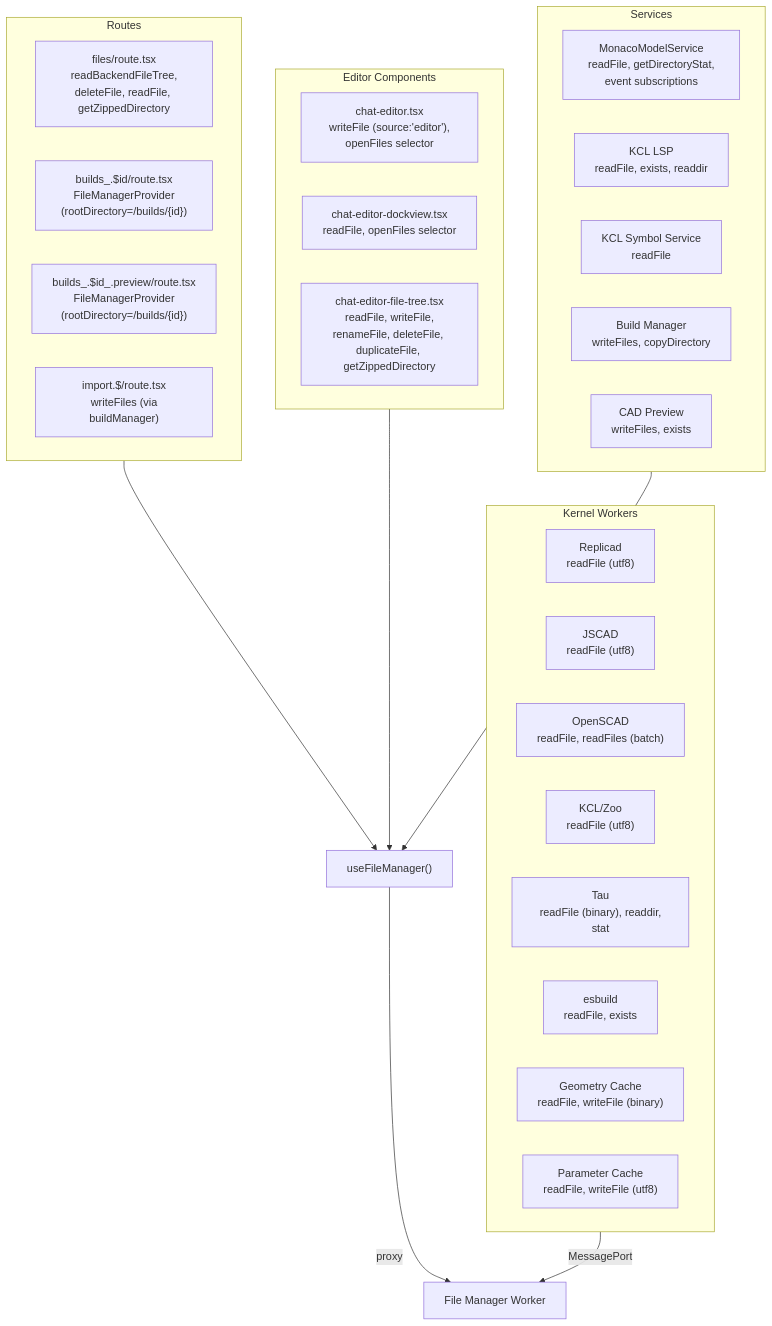
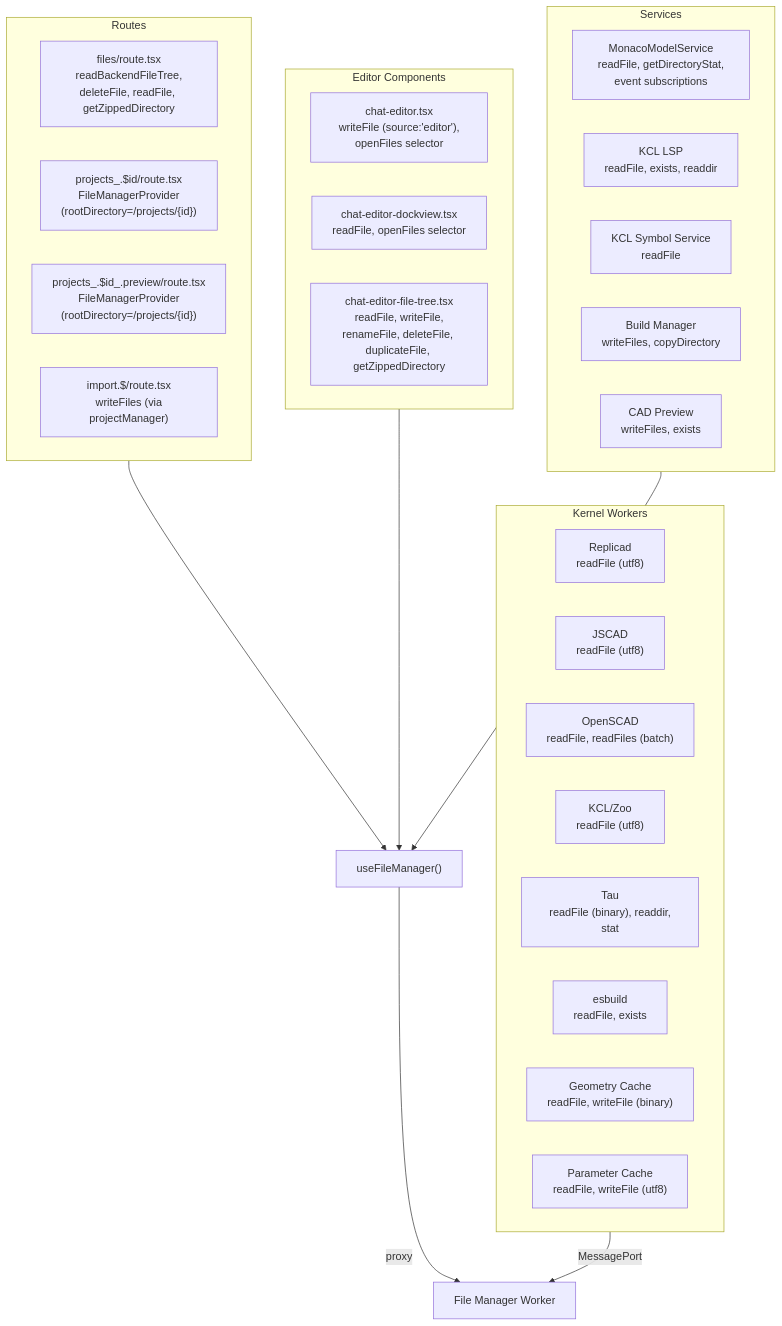
Before and after one commit to xupeiwust/tau: diagram 14 of 14 in docs/research/filesystem-architecture.md, drawn with Mermaid. The commit also changed other lines of this file and 305 other files, not shown here.

Commit message:
chore(root): rename builds to projects

````diff
--- a/docs/research/filesystem-architecture.md
+++ b/docs/research/filesystem-architecture.md
@@ -603,40 +603,40 @@
 ```mermaid
 flowchart TB
     subgraph routes ["Routes"]
         FilesRoute["files/route.tsx\n readBackendFileTree, deleteFile, readFile, getZippedDirectory"]
-        BuildRoute["builds_.$id/route.tsx\n FileManagerProvider (rootDirectory=/builds/{id})"]
-        PreviewRoute["builds_.$id_.preview/route.tsx\n FileManagerProvider (rootDirectory=/builds/{id})"]
-        ImportRoute["import.$/route.tsx\n writeFiles (via buildManager)"]
+        BuildRoute["projects_.$id/route.tsx\n FileManagerProvider (rootDirectory=/projects/{id})"]
+        PreviewRoute["projects_.$id_.preview/route.tsx\n FileManagerProvider (rootDirectory=/projects/{id})"]
+        ImportRoute["import.$/route.tsx\n writeFiles (via projectManager)"]
     end
 
     subgraph editors ["Editor Components"]
         ChatEditor["chat-editor.tsx\n writeFile (source:'editor'), openFiles selector"]
         EditorDockview["chat-editor-dockview.tsx\n readFile, openFiles selector"]
         EditorFileTree["chat-editor-file-tree.tsx\n readFile, writeFile, renameFile, deleteFile, duplicateFile, getZippedDirectory"]
     end
 
     subgraph services ["Services"]
         MonacoService["MonacoModelService\n readFile, getDirectoryStat, event subscriptions"]
         KclLsp["KCL LSP\n readFile, exists, readdir"]
         SymbolService["KCL Symbol Service\n readFile"]
         BuildManager["Build Manager\n writeFiles, copyDirectory"]
         CadPreview["CAD Preview\n writeFiles, exists"]
     end
 
     subgraph kernels ["Kernel Workers"]
         Replicad["Replicad\n readFile (utf8)"]
         JSCAD["JSCAD\n readFile (utf8)"]
         OpenSCAD["OpenSCAD\n readFile, readFiles (batch)"]
         KCL["KCL/Zoo\n readFile (utf8)"]
         Tau["Tau\n readFile (binary), readdir, stat"]
         Esbuild["esbuild\n readFile, exists"]
         GeoCache["Geometry Cache\n readFile, writeFile (binary)"]
         ParamCache["Parameter Cache\n readFile, writeFile (utf8)"]
     end
 
     routes --> Hook["useFileManager()"]
     editors --> Hook
     services --> Hook
     kernels -->|"MessagePort"| fmWorker["File Manager Worker"]
     Hook -->|"proxy"| fmWorker
 ```
````
